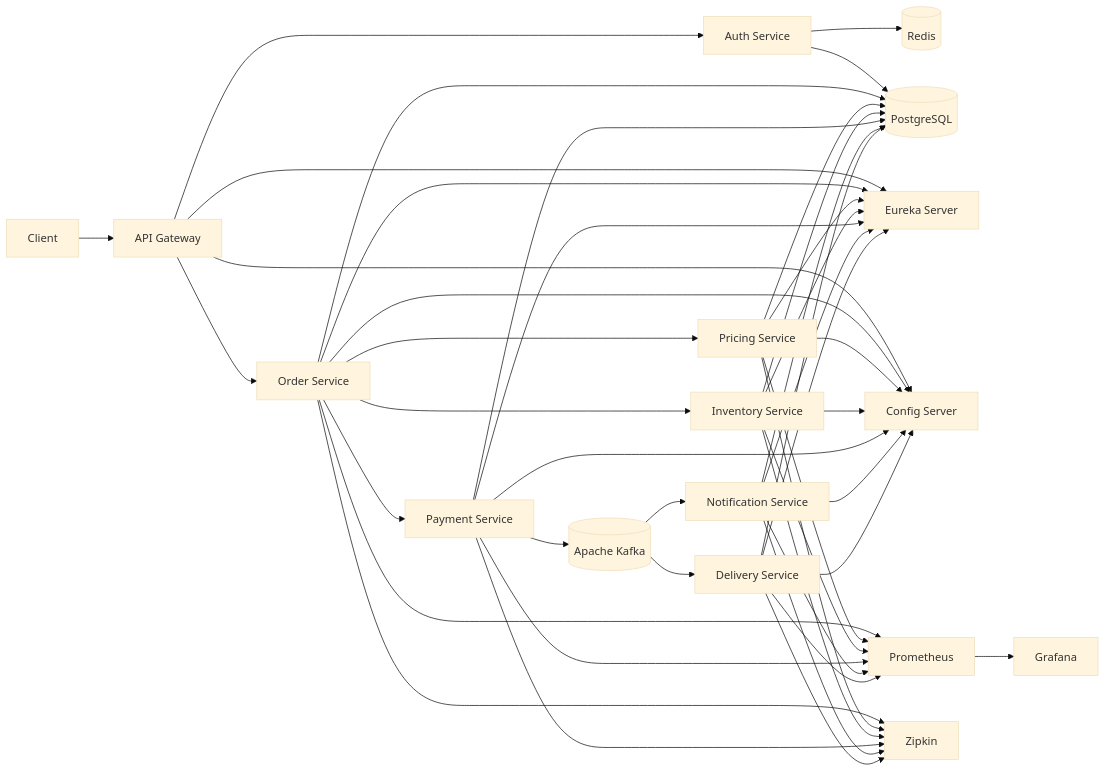
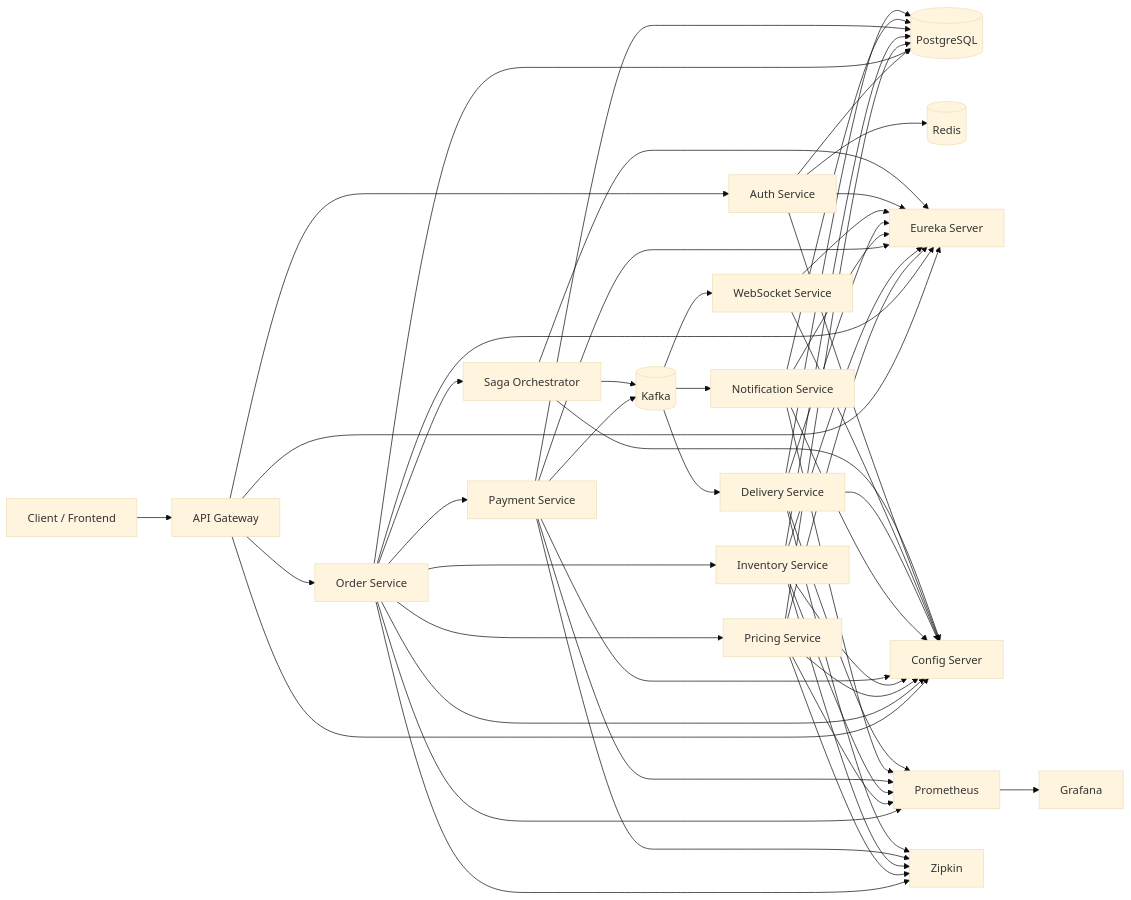
The first of 2 diagrams in README.md (anujyadav11/Real-Time-Event-Streaming-Platform), drawn with Mermaid (base theme) before and after one commit. The commit also changed other lines of this file and 8 other files, not shown here.

````diff
--- a/README.md
+++ b/README.md
@@ -149,93 +69,61 @@
 ```mermaid
 flowchart LR
+    C[Client / Frontend] --> G[API Gateway]
+    G --> A[Auth Service]
+    G --> O[Order Service]
+    O --> P[Pricing Service]
+    O --> I[Inventory Service]
+    O --> Pay[Payment Service]
+    O --> S[Saga Orchestrator]
+    Pay --> K[(Kafka)]
+    S --> K
+    K --> N[Notification Service]
+    K --> D[Delivery Service]
+    K --> W[WebSocket Service]
 
-Client[Client]
+    A --> PG[(PostgreSQL)]
+    O --> PG
+    P --> PG
+    I --> PG
+    Pay --> PG
+    N --> PG
+    D --> PG
 
-Gateway[API Gateway]
+    A --> R[(Redis)]
 
-Auth[Auth Service]
+    G --> E[Eureka Server]
+    O --> E
+    P --> E
+    I --> E
+    Pay --> E
+    N --> E
+    D --> E
+    W --> E
+    A --> E
+    S --> E
 
-Order[Order Service]
+    G --> CS[Config Server]
+    O --> CS
+    P --> CS
+    I --> CS
+    Pay --> CS
+    N --> CS
+    D --> CS
+    W --> CS
+    A --> CS
+    S --> CS
 
-Pricing[Pricing Service]
+    O --> PR[Prometheus]
+    P --> PR
+    I --> PR
+    Pay --> PR
+    N --> PR
+    D --> PR
+    PR --> GR[Grafana]
 
-Inventory[Inventory Service]
-
-Payment[Payment Service]
-
-Notification[Notification Service]
-
-Delivery[Delivery Service]
-
-Kafka[(Apache Kafka)]
-
-Redis[(Redis)]
-
-Postgres[(PostgreSQL)]
-
-Eureka[Eureka Server]
-
-Config[Config Server]
-
-Prometheus[Prometheus]
-
-Grafana[Grafana]
-
-Zipkin[Zipkin]
-
-Client --> Gateway
-
-Gateway --> Auth
-Gateway --> Order
-
-Order --> Pricing
-Order --> Inventory
-Order --> Payment
-
-Payment --> Kafka
-
-Kafka --> Notification
-Kafka --> Delivery
-
-Auth --> Redis
-
-Auth --> Postgres
-Order --> Postgres
-Pricing --> Postgres
-Inventory --> Postgres
-Payment --> Postgres
-Notification --> Postgres
-Delivery --> Postgres
-
-Gateway --> Eureka
-Order --> Eureka
-Pricing --> Eureka
-Inventory --> Eureka
-Payment --> Eureka
-Notification --> Eureka
-Delivery --> Eureka
-
-Gateway --> Config
-Order --> Config
-Pricing --> Config
-Inventory --> Config
-Payment --> Config
-Notification --> Config
-Delivery --> Config
-
-Order --> Prometheus
-Pricing --> Prometheus
-Inventory --> Prometheus
-Payment --> Prometheus
-Notification --> Prometheus
-Delivery --> Prometheus
-
-Prometheus --> Grafana
-
-Order --> Zipkin
-Pricing --> Zipkin
-Inventory --> Zipkin
-Payment --> Zipkin
-Notification --> Zipkin
-Delivery --> Zipkin
+    O --> Z[Zipkin]
+    P --> Z
+    I --> Z
+    Pay --> Z
+    D --> Z
 ```
````
